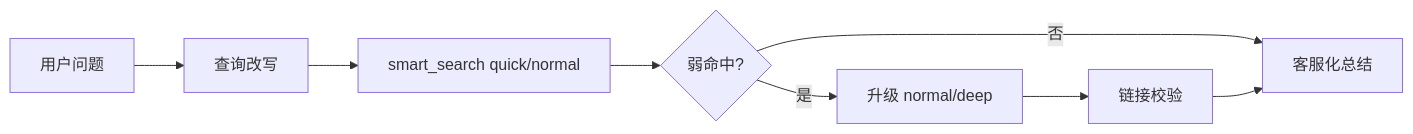
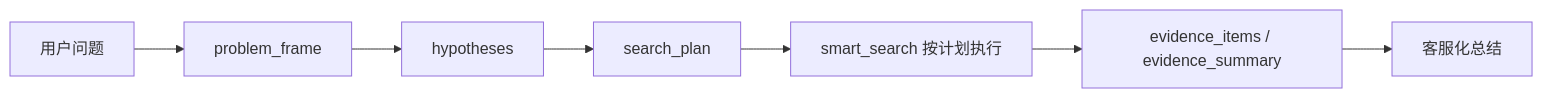
One commit to lr12338/hifleet-agent changed the fifth of 8 diagrams in docs/AGENT_TECHNICAL_DOCUMENTATION.md. Above: the diagram before and after it, drawn with Mermaid. The commit also changed other lines of this file and 7 other files, not shown here.

````diff
--- a/docs/AGENT_TECHNICAL_DOCUMENTATION.md
+++ b/docs/AGENT_TECHNICAL_DOCUMENTATION.md
@@ -239,10 +289,9 @@
 ```mermaid
 flowchart LR
-    Q[用户问题] --> Rewrite[查询改写]
-    Rewrite --> Quick[smart_search quick/normal]
-    Quick --> Weak{弱命中?}
-    Weak -->|是| Deep[升级 normal/deep]
-    Weak -->|否| Answer[客服化总结]
-    Deep --> Validate[链接校验]
-    Validate --> Answer
+    Q[用户问题] --> Frame[problem_frame]
+    Frame --> Hypo[hypotheses]
+    Hypo --> Plan[search_plan]
+    Plan --> Search[smart_search 按计划执行]
+    Search --> Review[evidence_items / evidence_summary]
+    Review --> Answer[客服化总结]
 ```
````
